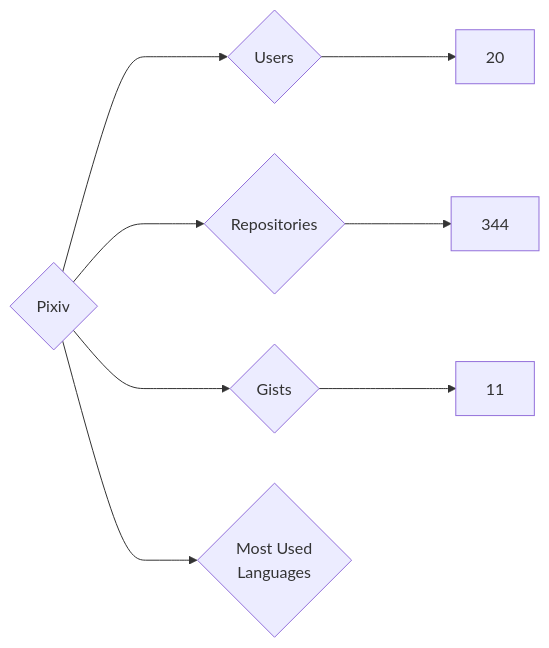
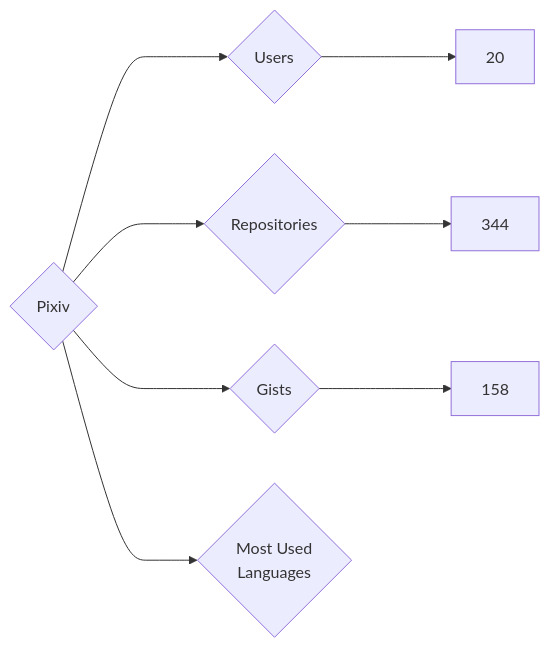
One commit to nenadzaric/insiders changed the diagram in targets/Pixiv/README.md. Above: the diagram before and after it, drawn with Mermaid. The commit also changed 1342 other files, not shown here.

````diff
--- a/targets/Pixiv/README.md
+++ b/targets/Pixiv/README.md
@@ -3,8 +3,8 @@
 ```mermaid
 graph LR
 COMPANY_NAME{Pixiv}
 COMPANY_NAME ---> U{Users} ---> UN[20]
 COMPANY_NAME ---> R{Repositories} ---> RN[344]
-COMPANY_NAME ---> G{Gists} ---> GN[11]
+COMPANY_NAME ---> G{Gists} ---> GN[158]
 COMPANY_NAME ---> ML{Most Used<br>Languages}
 ```
````
